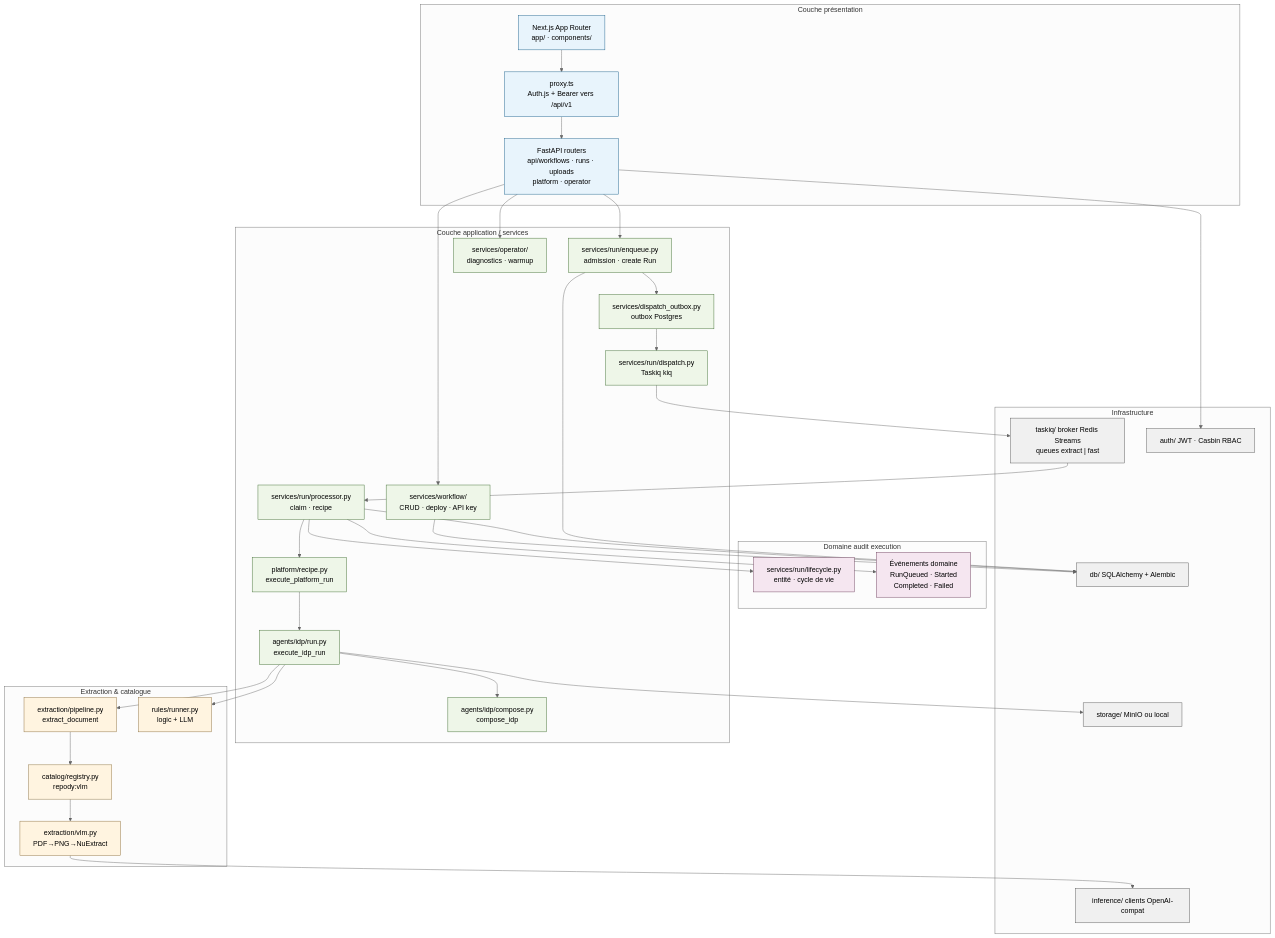
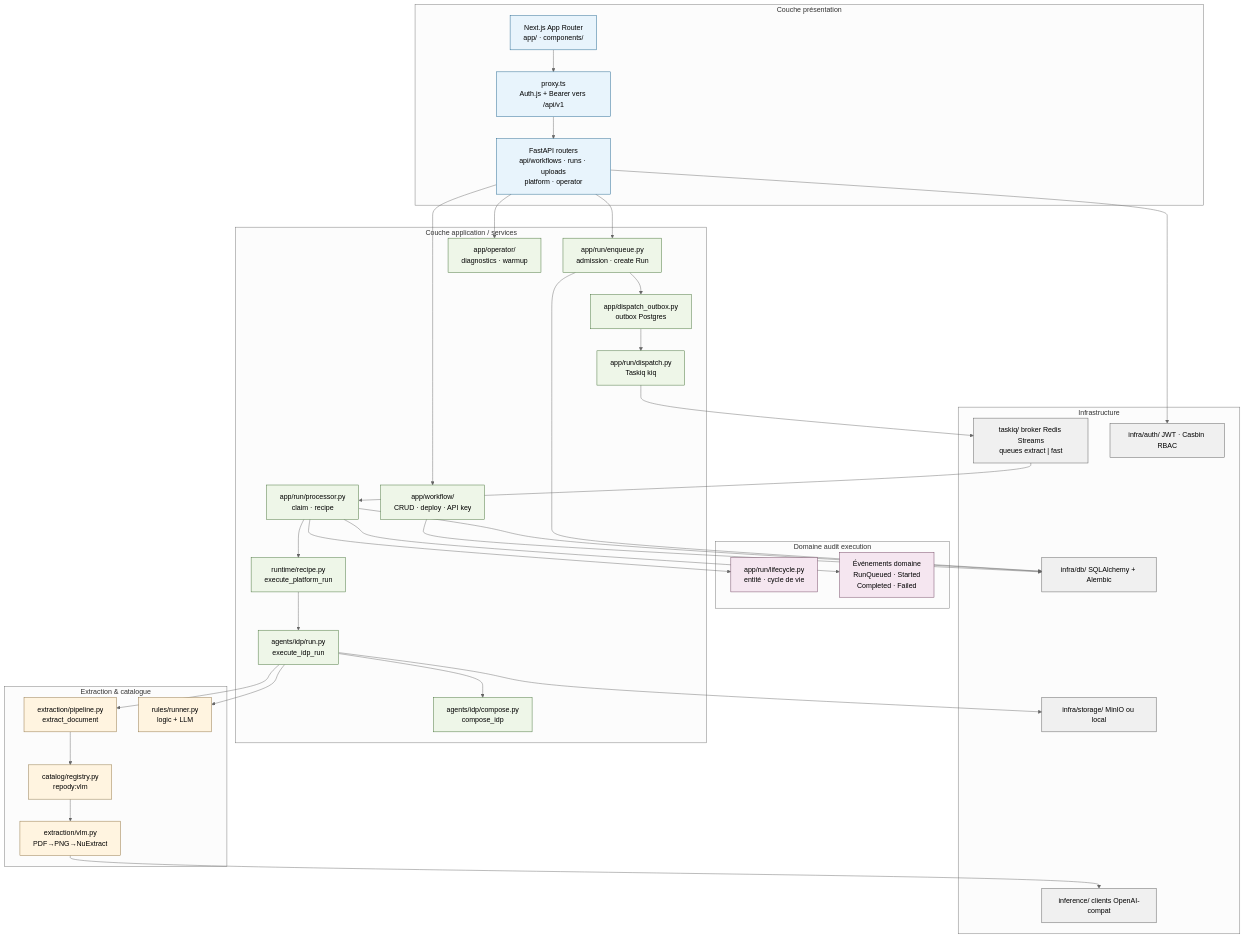
Before and after one commit to MehdiGououiad/repody: the diagram in docs/diagrams/architecture-backend-couches.mmd, drawn with Mermaid (neutral theme). The commit also changed 427 other files, not shown here.

First line of the commit message:
refactor: organize backend into api/app/agents/runtime/infra

```diff
--- a/docs/diagrams/architecture-backend-couches.mmd
+++ b/docs/diagrams/architecture-backend-couches.mmd
@@ -1,70 +1,70 @@
 %% Couches backend + contextes bornés Repody
 %% Éditable : Mermaid flowchart
 %% Doc : CONTEXT.md · docs/BACKEND.md · ADR 003
 
 flowchart TB
   subgraph Presentation["Couche présentation"]
     Next["Next.js App Router<br/>app/ · components/"]
     Proxy["proxy.ts<br/>Auth.js + Bearer vers /api/v1"]
     APIRouters["FastAPI routers<br/>api/workflows · runs · uploads<br/>platform · operator"]
   end
 
   subgraph Application["Couche application / services"]
-    WFSvc["services/workflow/<br/>CRUD · deploy · API key"]
-    RunEnq["services/run/enqueue.py<br/>admission · create Run"]
-    Outbox["services/dispatch_outbox.py<br/>outbox Postgres"]
-    Dispatch["services/run/dispatch.py<br/>Taskiq kiq"]
-    RunProc["services/run/processor.py<br/>claim · recipe"]
-    PlatformOrch["platform/recipe.py<br/>execute_platform_run"]
+    WFSvc["app/workflow/<br/>CRUD · deploy · API key"]
+    RunEnq["app/run/enqueue.py<br/>admission · create Run"]
+    Outbox["app/dispatch_outbox.py<br/>outbox Postgres"]
+    Dispatch["app/run/dispatch.py<br/>Taskiq kiq"]
+    RunProc["app/run/processor.py<br/>claim · recipe"]
+    PlatformOrch["runtime/recipe.py<br/>execute_platform_run"]
     IdpRun["agents/idp/run.py<br/>execute_idp_run"]
     IdpCompose["agents/idp/compose.py<br/>compose_idp"]
-    OpSvc["services/operator/<br/>diagnostics · warmup"]
+    OpSvc["app/operator/<br/>diagnostics · warmup"]
   end
 
   subgraph Domaine["Domaine audit execution"]
-    Domain["services/run/lifecycle.py<br/>entité · cycle de vie"]
+    Domain["app/run/lifecycle.py<br/>entité · cycle de vie"]
     Events["Événements domaine<br/>RunQueued · Started<br/>Completed · Failed"]
   end
 
   subgraph Extraction["Extraction & catalogue"]
     Pipe["extraction/pipeline.py<br/>extract_document"]
     Catalog["catalog/registry.py<br/>repody:vlm"]
     VLM["extraction/vlm.py<br/>PDF→PNG→NuExtract"]
     Rules["rules/runner.py<br/>logic + LLM"]
   end
 
   subgraph Infra["Infrastructure"]
-    DB["db/ SQLAlchemy + Alembic"]
-    Storage["storage/ MinIO ou local"]
+    DB["infra/db/ SQLAlchemy + Alembic"]
+    Storage["infra/storage/ MinIO ou local"]
     Taskiq["taskiq/ broker Redis Streams<br/>queues extract | fast"]
     InfClient["inference/ clients OpenAI-compat"]
-    Auth["auth/ JWT · Casbin RBAC"]
+    Auth["infra/auth/ JWT · Casbin RBAC"]
   end
 
   Next --> Proxy --> APIRouters
   APIRouters --> WFSvc
   APIRouters --> RunEnq
   APIRouters --> Auth
   RunEnq --> Outbox --> Dispatch --> Taskiq
   Taskiq --> RunProc
   RunProc --> Domain
   RunProc --> PlatformOrch --> IdpRun --> IdpCompose
   IdpRun --> Pipe --> Catalog --> VLM --> InfClient
   IdpRun --> Rules
   RunProc --> Events
   IdpRun --> Storage
   RunEnq --> DB
   RunProc --> DB
   WFSvc --> DB
   APIRouters --> OpSvc
 
   classDef ui fill:#e8f4fc,stroke:#1a5f8a
   classDef svc fill:#eef6e8,stroke:#3d6b2f
   classDef dom fill:#f5e6f0,stroke:#6b3d5a
   classDef ext fill:#fff4e0,stroke:#8a6d3b
   classDef inf fill:#f0f0f0,stroke:#555
   class Next,Proxy,APIRouters ui
   class WFSvc,RunEnq,Outbox,Dispatch,RunProc,PlatformOrch,IdpRun,IdpCompose,OpSvc svc
   class Domain,Events dom
   class Pipe,Catalog,VLM,Rules ext
   class DB,Storage,Taskiq,InfClient,Auth inf
```
